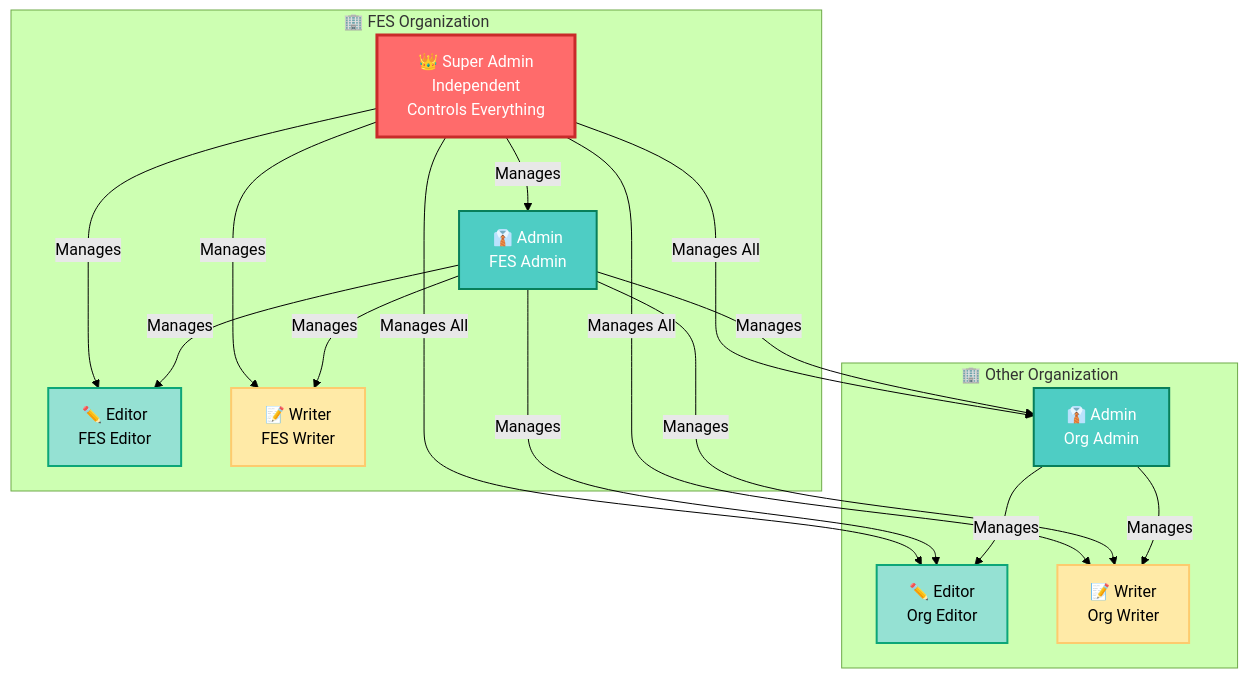
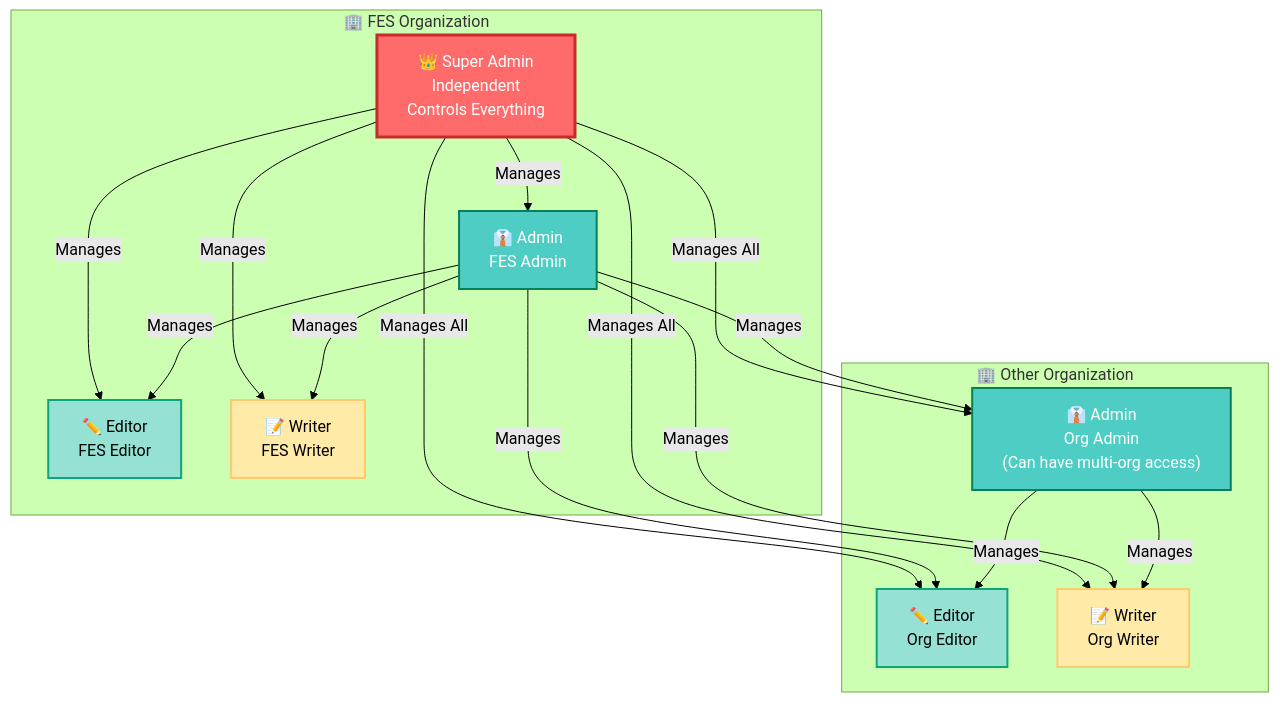
Before and after one commit to Persource2007/FES: the first of 2 diagrams in ROLE_BASED_ACCESS_CONTROL.md, drawn with Mermaid (forest theme). The commit also changed other lines of this file and 2 other files, not shown here.

````diff
--- a/ROLE_BASED_ACCESS_CONTROL.md
+++ b/ROLE_BASED_ACCESS_CONTROL.md
@@ -11,39 +11,39 @@
 ```mermaid
 graph TB
     subgraph FES["🏢 FES Organization"]
         SA["👑 Super Admin<br/>Independent<br/>Controls Everything"]
         FA["👔 Admin<br/>FES Admin"]
         FE["✏️ Editor<br/>FES Editor"]
         FW["📝 Writer<br/>FES Writer"]
     end
 
     subgraph OtherOrg["🏢 Other Organization"]
-        OA["👔 Admin<br/>Org Admin"]
+        OA["👔 Admin<br/>Org Admin<br/>(Can have multi-org access)"]
         OE["✏️ Editor<br/>Org Editor"]
         OW["📝 Writer<br/>Org Writer"]
     end
 
     SA -->|"Manages"| FA
     SA -->|"Manages"| FE
     SA -->|"Manages"| FW
     SA -->|"Manages All"| OA
     SA -->|"Manages All"| OE
     SA -->|"Manages All"| OW
 
     FA -->|"Manages"| FE
     FA -->|"Manages"| FW
     FA -->|"Manages"| OA
     FA -->|"Manages"| OE
     FA -->|"Manages"| OW
 
     OA -->|"Manages"| OE
     OA -->|"Manages"| OW
 
     style SA fill:#ff6b6b,stroke:#c92a2a,stroke-width:3px,color:#fff
     style FA fill:#4ecdc4,stroke:#087f5b,stroke-width:2px,color:#fff
     style OA fill:#4ecdc4,stroke:#087f5b,stroke-width:2px,color:#fff
     style FE fill:#95e1d3,stroke:#0ca678,stroke-width:2px
     style OE fill:#95e1d3,stroke:#0ca678,stroke-width:2px
     style FW fill:#ffeaa7,stroke:#fdcb6e,stroke-width:2px
     style OW fill:#ffeaa7,stroke:#fdcb6e,stroke-width:2px
 ```
````
